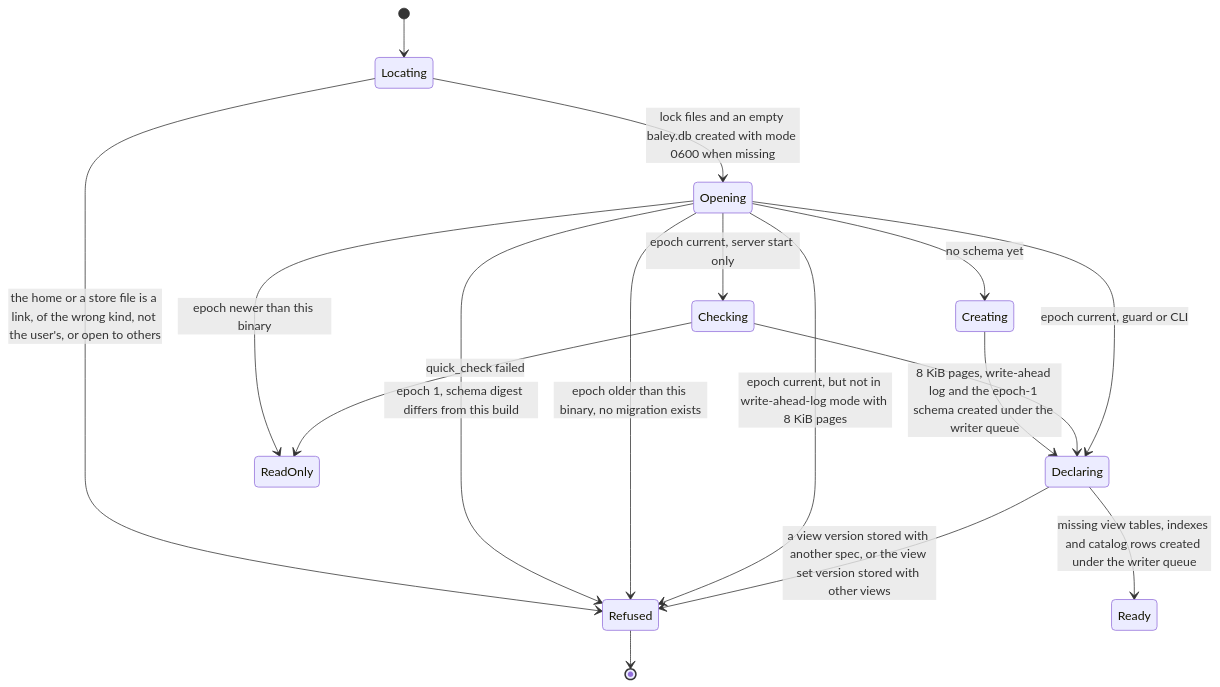
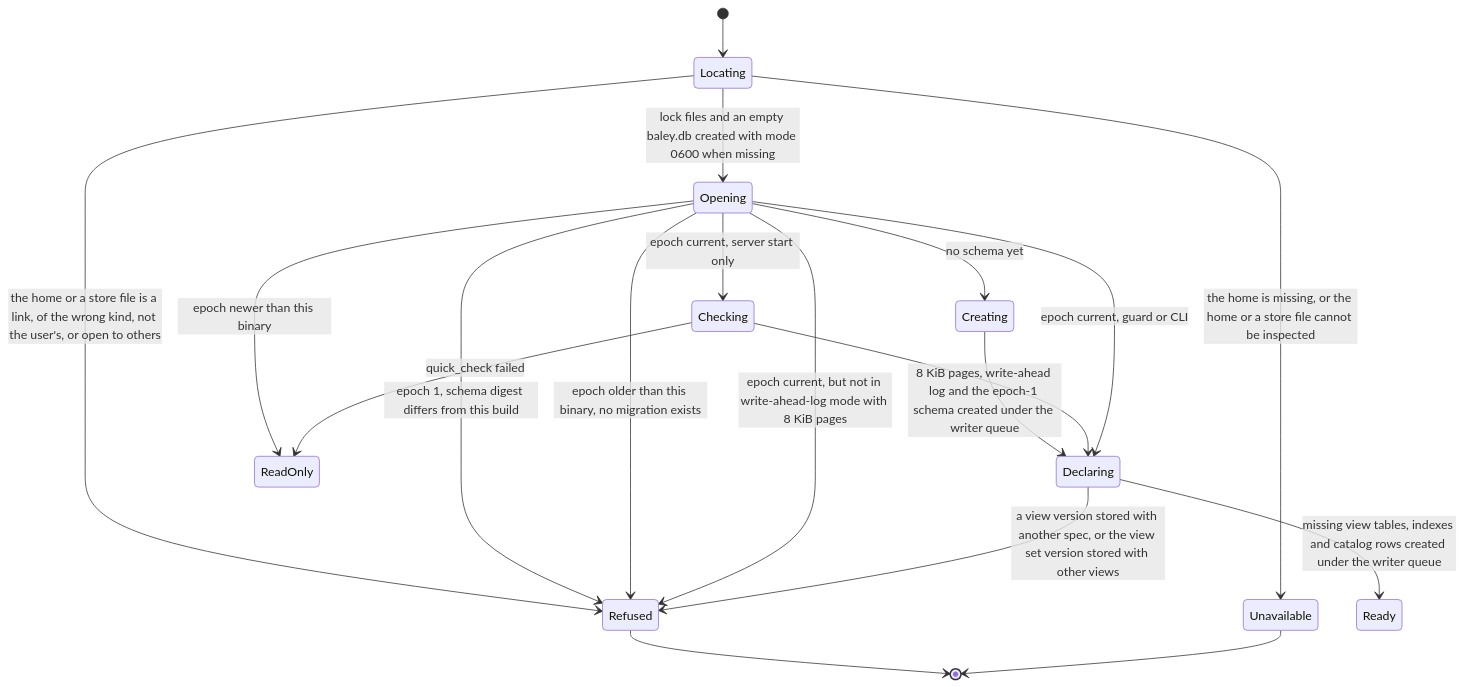
Diagram 12 of 14 in docs/design/0001-evidence-ledger.md (crenshawdev/baley), drawn with Mermaid before and after one commit. The commit also changed other lines of this file, not shown here.

First line of the commit message:
docs(design): match the home checks section to the code

````diff
--- a/docs/design/0001-evidence-ledger.md
+++ b/docs/design/0001-evidence-ledger.md
@@ -1054,19 +1054,21 @@
 ```mermaid
 stateDiagram-v2
   [*] --> Locating
   Locating --> Refused : the home or a store file is a link, of the wrong kind, not the user's, or open to others
+  Locating --> Unavailable : the home is missing, or the home or a store file cannot be inspected
   Locating --> Opening : lock files and an empty baley.db created with mode 0600 when missing
   Opening --> Creating : no schema yet
   Creating --> Declaring : 8 KiB pages, write-ahead log and the epoch-1 schema created under the writer queue
   Opening --> Refused : epoch 1, schema digest differs from this build
   Opening --> ReadOnly : epoch newer than this binary
   Opening --> Refused : epoch older than this binary, no migration exists
   Opening --> Refused : epoch current, but not in write-ahead-log mode with 8 KiB pages
   Opening --> Checking : epoch current, server start only
   Checking --> Declaring
   Checking --> ReadOnly : quick_check failed
   Opening --> Declaring : epoch current, guard or CLI
   Declaring --> Refused : a view version stored with another spec, or the view set version stored with other views
   Declaring --> Ready : missing view tables, indexes and catalog rows created under the writer queue
   Refused --> [*]
+  Unavailable --> [*]
 ```
````
